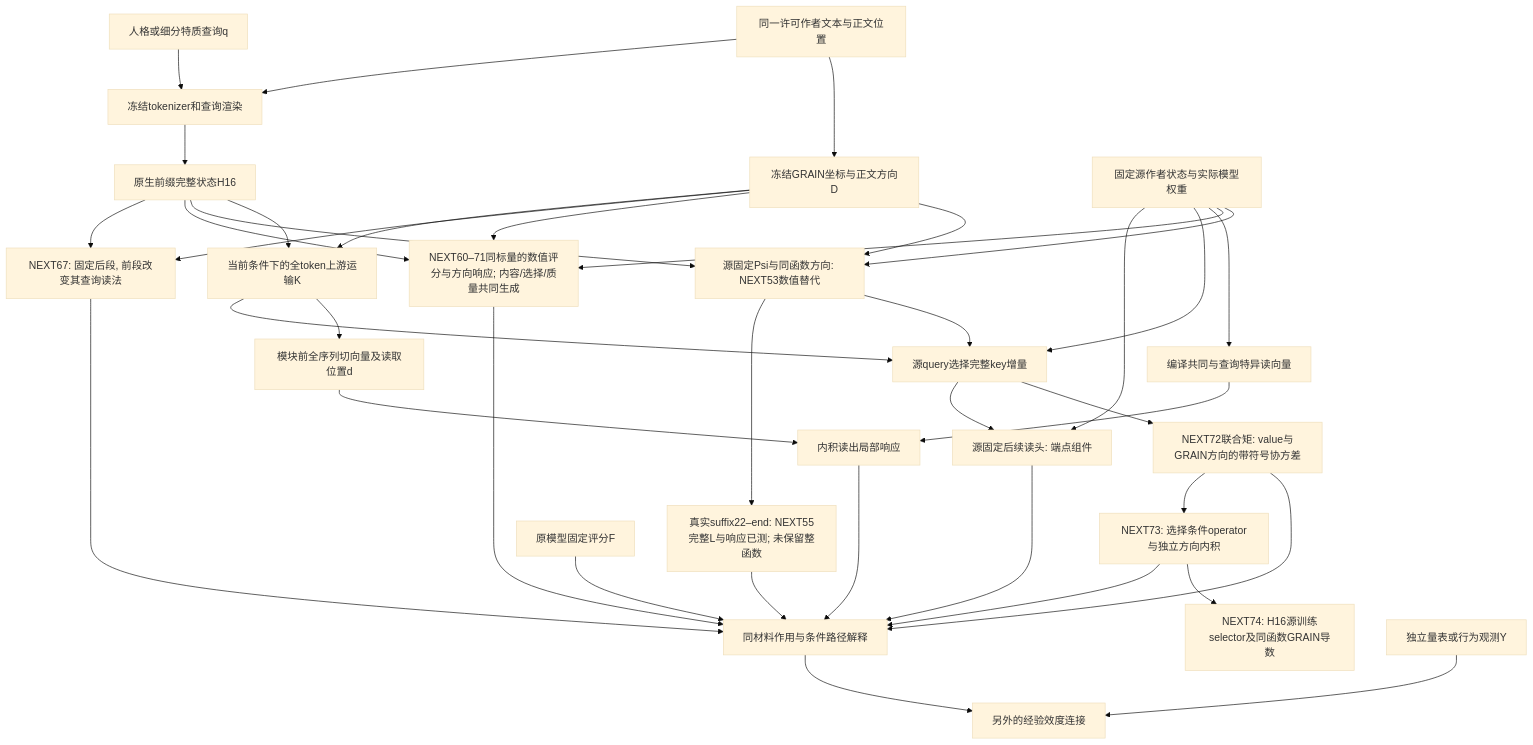
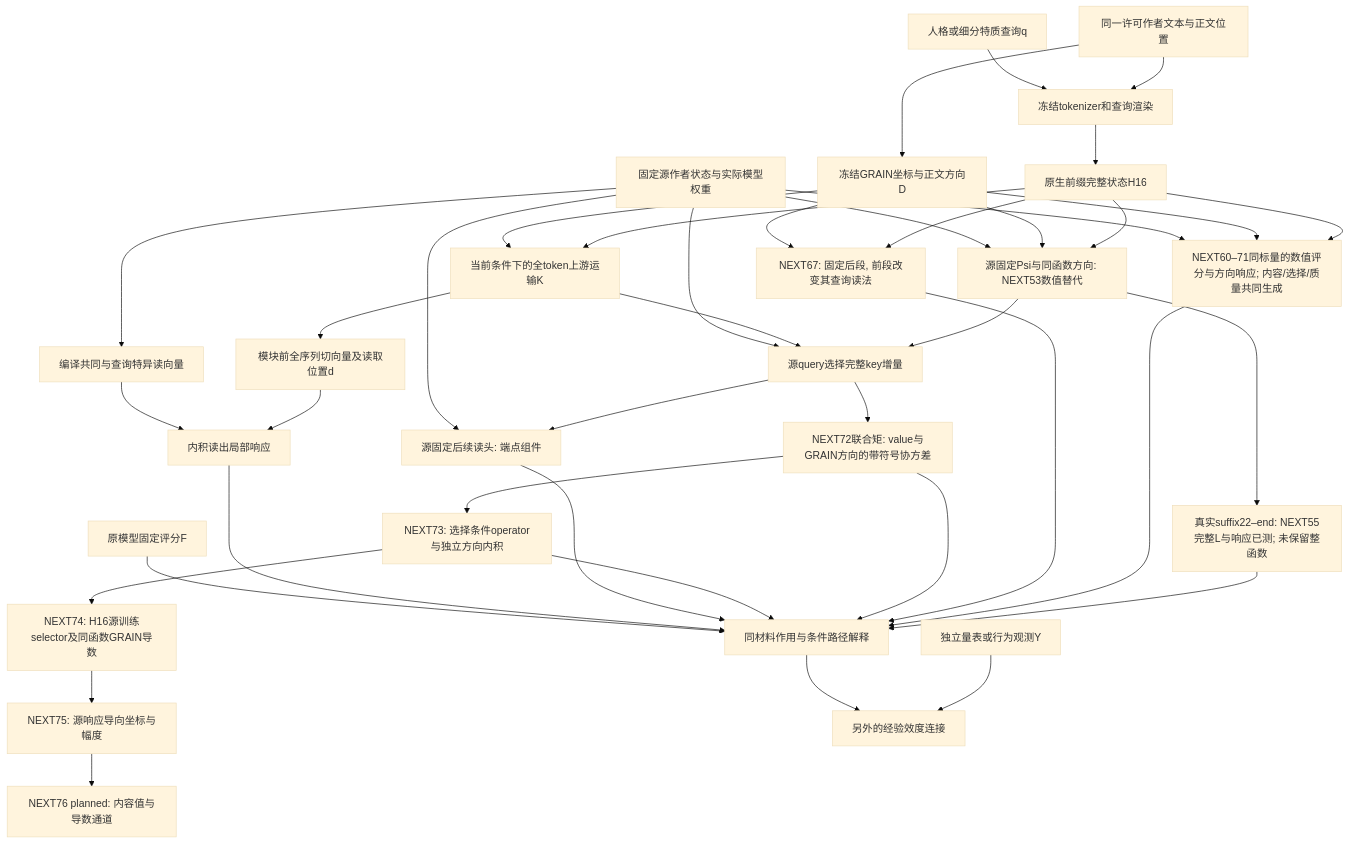
The diagram in docs/GRAIN_UPSTREAM_MECHANISM_INTEGRATION_V1.md (reiserhhh/GRAIN), drawn with Mermaid (base theme) before and after one commit. The commit also changed other lines of this file and 18 other files, not shown here.

````diff
--- a/docs/GRAIN_UPSTREAM_MECHANISM_INTEGRATION_V1.md
+++ b/docs/GRAIN_UPSTREAM_MECHANISM_INTEGRATION_V1.md
@@ -8,40 +8,42 @@
 ```mermaid
 flowchart TD
   T[同一许可作者文本与正文位置] --> G[冻结GRAIN坐标与正文方向D]
   T --> R[冻结tokenizer和查询渲染]
   Q[人格或细分特质查询q] --> R
   R --> H[原生前缀完整状态H16]
   H --> K[当前条件下的全token上游运输K]
   H --> P[源固定Psi与同函数方向: NEXT53数值替代]
   G --> P
   S --> P
   P --> U
   P --> W[真实suffix22–end: NEXT55完整L与响应已测; 未保留整函数]
   W --> J
   H --> Z[NEXT60–71同标量的数值评分与方向响应; 内容/选择/质量共同生成]
   G --> Z
   S --> Z
   Z --> J
   H --> I[NEXT67: 固定后段, 前段改变其查询读法]
   G --> I
   I --> J
   G --> K
   K --> D[模块前全序列切向量及读取位置d]
   S[固定源作者状态与实际模型权重] --> V[编译共同与查询特异读向量]
   D --> A[内积读出局部响应]
   V --> A
   K --> U[源query选择完整key增量]
   S --> U
   U --> M[NEXT72联合矩: value与GRAIN方向的带符号协方差]
   M --> J
   M --> O[NEXT73: 选择条件operator与独立方向内积]
   O --> P74[NEXT74: H16源训练selector及同函数GRAIN导数]
+  P74 --> P75[NEXT75: 源响应导向坐标与幅度]
+  P75 --> P76[NEXT76 planned: 内容值与导数通道]
   O --> J
   U --> C[源固定后续读头: 端点组件]
   S --> C
   C --> J
   A --> J[同材料作用与条件路径解释]
   F[原模型固定评分F] --> J
   Y[独立量表或行为观测Y] --> E[另外的经验效度连接]
   J --> E
 ```
````
